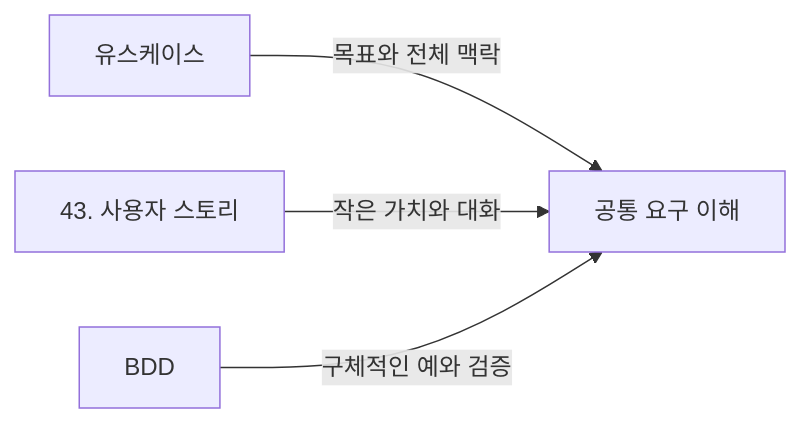
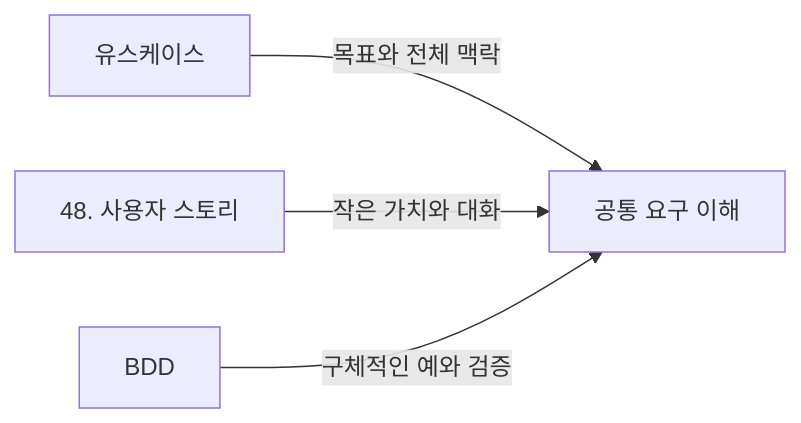
One commit to YoungSan77/TrainingMaterials changed diagram 16 of 19 in courses/ooad/sessions/s02.md. Above: the diagram before and after it, drawn with Mermaid. The commit also changed other lines of this file and 11 other files, not shown here.

````diff
--- a/courses/ooad/sessions/s02.md
+++ b/courses/ooad/sessions/s02.md
@@ -1306,6 +1553,6 @@
 ```mermaid
 flowchart LR
     U["유스케이스"] -->|목표와 전체 맥락| G["공통 요구 이해"]
-    S["43. 사용자 스토리"] -->|작은 가치와 대화| G
+    S["48. 사용자 스토리"] -->|작은 가치와 대화| G
     B["BDD"] -->|구체적인 예와 검증| G
 ```
````
